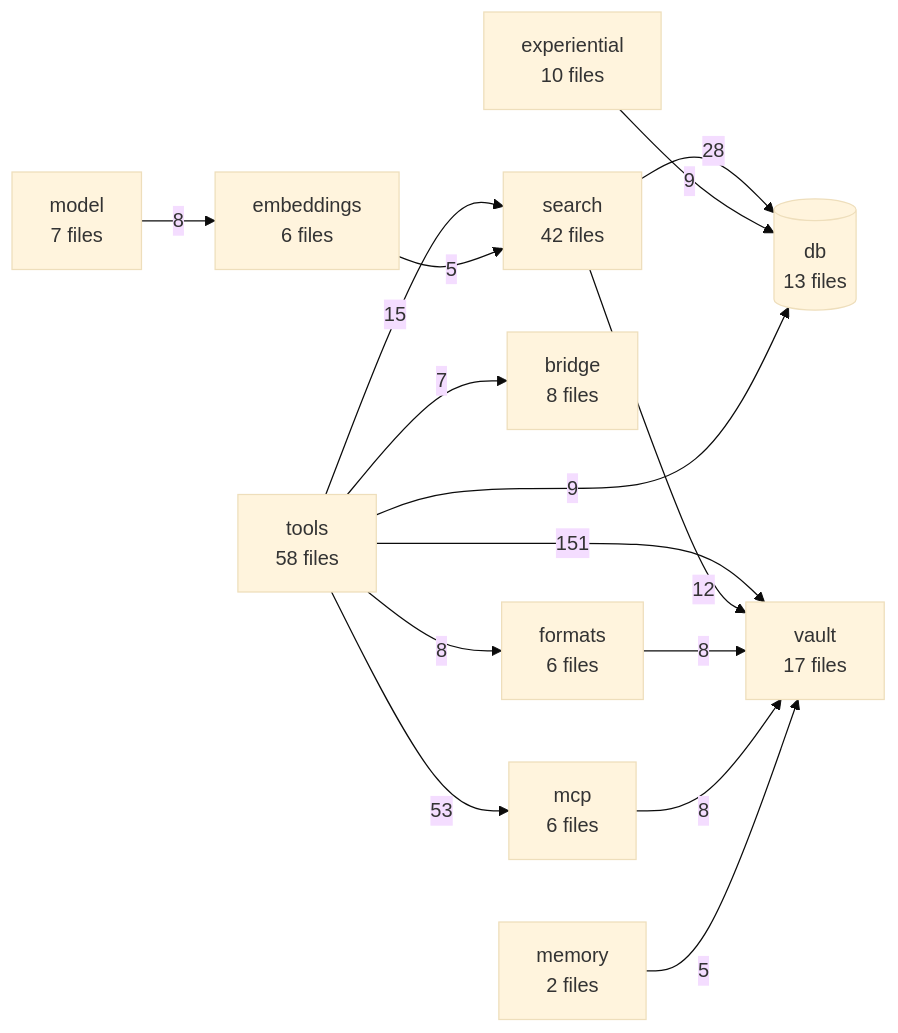
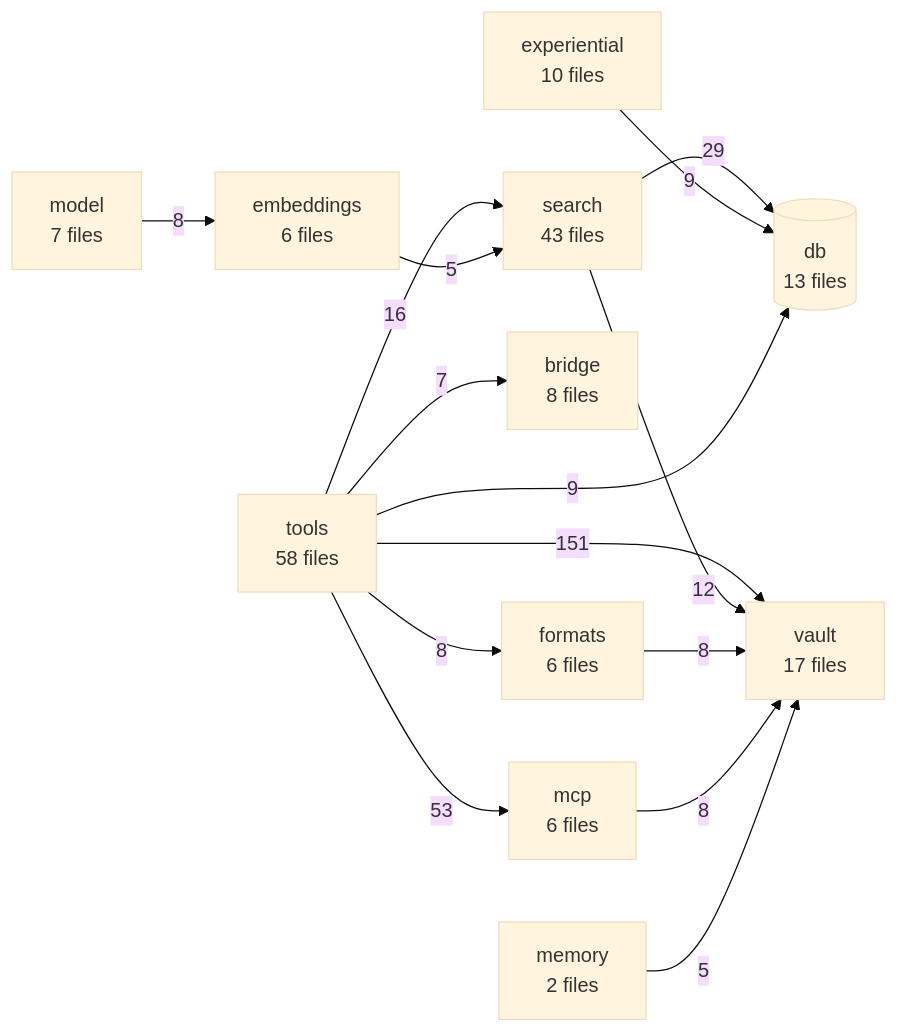
Before and after one commit to The-40-Thieves/obsidian-tc: the diagram in TREE.md, drawn with Mermaid (base theme). The commit also changed other lines of this file and 13 other files, not shown here.

````diff
--- a/TREE.md
+++ b/TREE.md
@@ -205,29 +205,29 @@
 ```mermaid
 flowchart LR
   tools[tools<br/>58 files]
-  search[search<br/>42 files]
+  search[search<br/>43 files]
   vault[vault<br/>17 files]
   db[(db<br/>13 files)]
   experiential[experiential<br/>10 files]
   bridge[bridge<br/>8 files]
   model[model<br/>7 files]
   embeddings[embeddings<br/>6 files]
   formats[formats<br/>6 files]
   mcp[mcp<br/>6 files]
   memory[memory<br/>2 files]
 
   tools -->|151| vault
   tools -->|53| mcp
-  search -->|28| db
-  tools -->|15| search
+  search -->|29| db
+  tools -->|16| search
   search -->|12| vault
   experiential -->|9| db
   tools -->|9| db
   formats -->|8| vault
   mcp -->|8| vault
   model -->|8| embeddings
   tools -->|8| formats
   tools -->|7| bridge
   embeddings -->|5| search
   memory -->|5| vault
 ```
````
